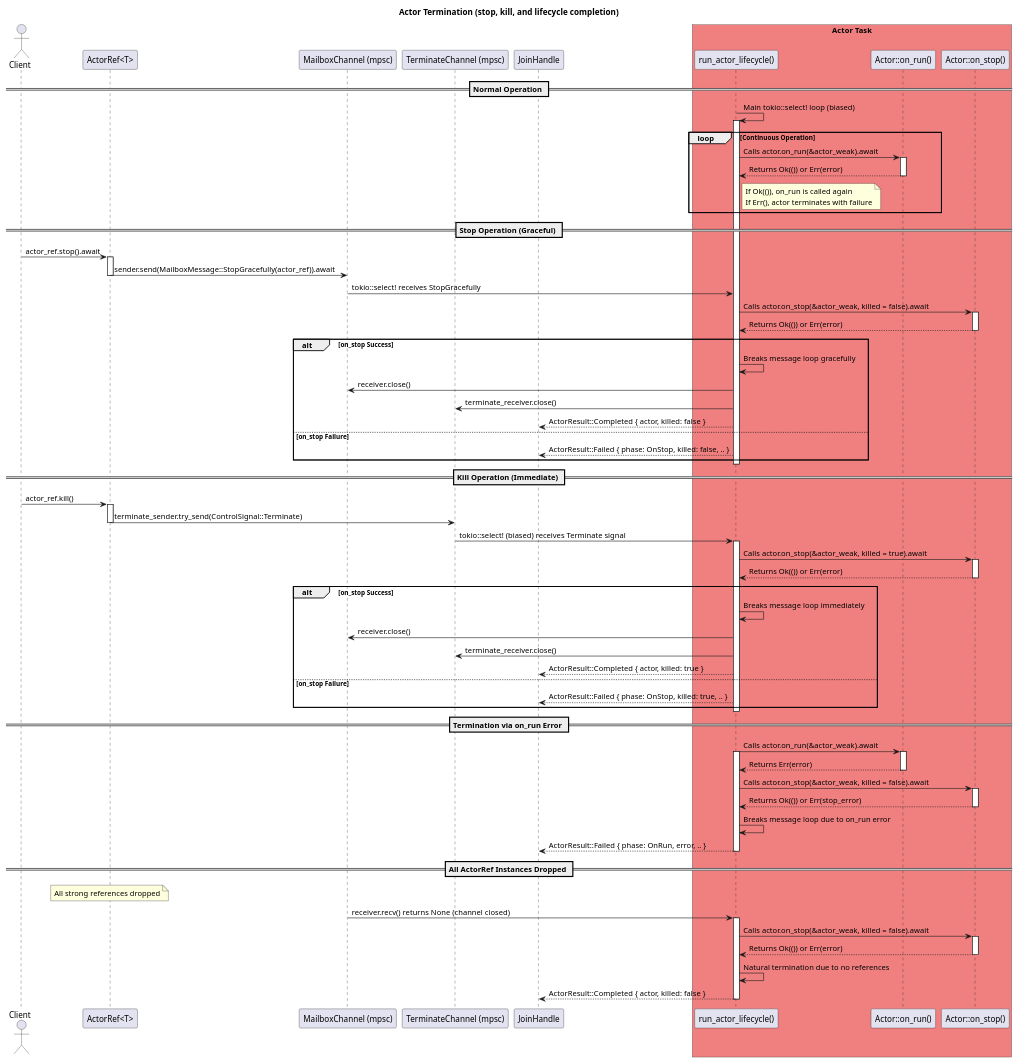
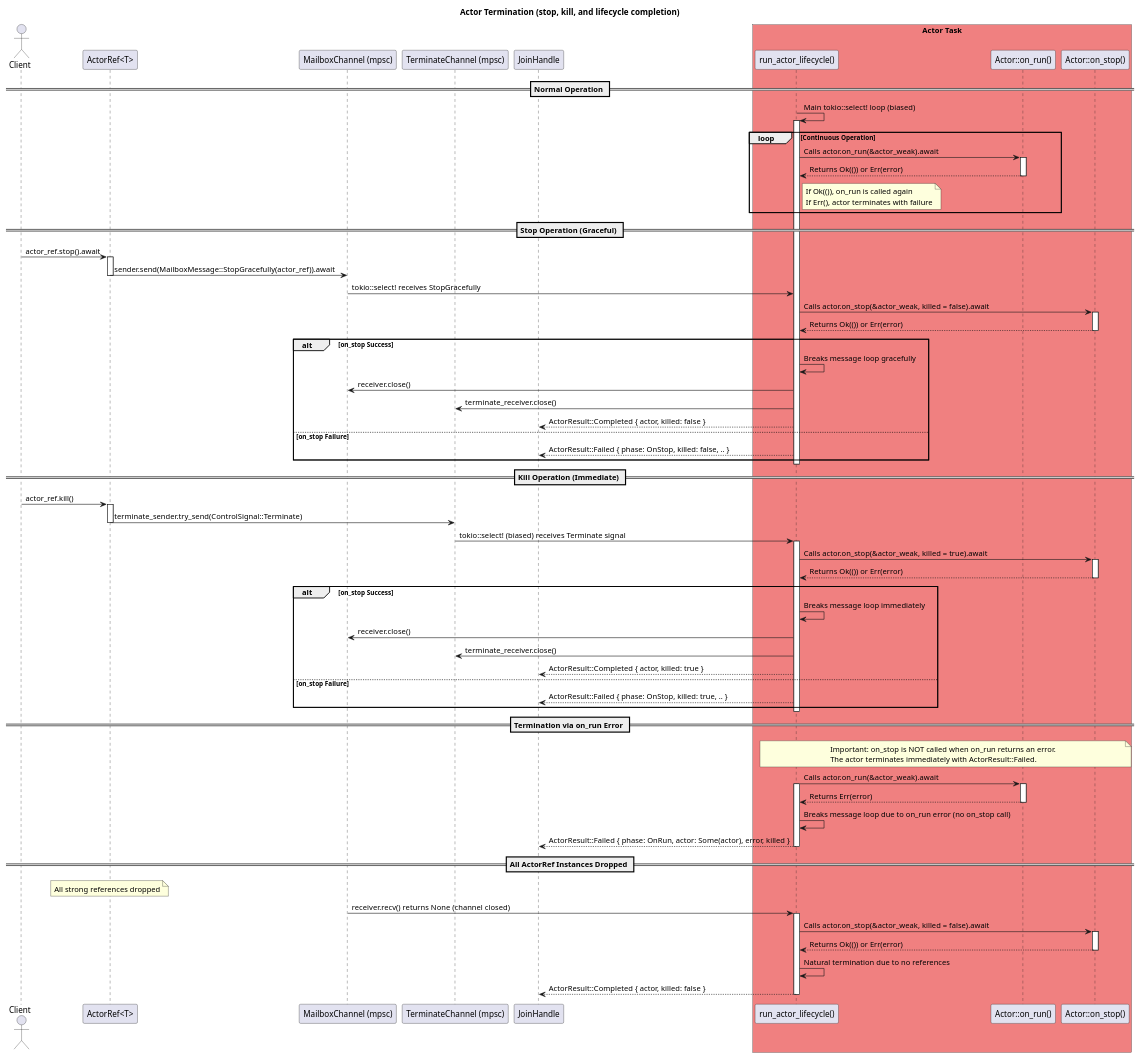
One commit to hiking90/rsactor changed the diagram in docs/termination.puml. Above: the diagram before and after it, drawn with PlantUML. The commit also changed 15 other files, not shown here.

```diff
--- a/docs/termination.puml
+++ b/docs/termination.puml
@@ -1,103 +1,103 @@
 @startuml Actor Termination
 title Actor Termination (stop, kill, and lifecycle completion)
 
 actor Client
 participant "ActorRef<T>" as ActorRef_obj
 participant "MailboxChannel (mpsc)" as MailboxChannel
 participant "TerminateChannel (mpsc)" as TerminateChannel
 participant "run_actor_lifecycle()" as Lifecycle
 participant "Actor::on_run()" as on_run_method
 participant "Actor::on_stop()" as on_stop_method
 participant "JoinHandle" as JoinHandle_obj
 
 box "Actor Task" #LightCoral
     participant Lifecycle
     participant on_run_method
     participant on_stop_method
 end box
 
 == Normal Operation ==
 Lifecycle -> Lifecycle: Main tokio::select! loop (biased)
 activate Lifecycle
 loop Continuous Operation
   Lifecycle -> on_run_method: Calls actor.on_run(&actor_weak).await
   activate on_run_method
   on_run_method --> Lifecycle: Returns Ok(()) or Err(error)
   deactivate on_run_method
   note right of Lifecycle: If Ok(()), on_run is called again\nIf Err(), actor terminates with failure
 end
 
 == Stop Operation (Graceful) ==
 Client -> ActorRef_obj: actor_ref.stop().await
 activate ActorRef_obj
 ActorRef_obj -> MailboxChannel: sender.send(MailboxMessage::StopGracefully(actor_ref)).await
 deactivate ActorRef_obj
 
 MailboxChannel -> Lifecycle: tokio::select! receives StopGracefully
 Lifecycle -> on_stop_method: Calls actor.on_stop(&actor_weak, killed = false).await
 activate on_stop_method
 on_stop_method --> Lifecycle: Returns Ok(()) or Err(error)
 deactivate on_stop_method
 
 alt on_stop Success
   Lifecycle -> Lifecycle: Breaks message loop gracefully
   Lifecycle -> MailboxChannel: receiver.close()
   Lifecycle -> TerminateChannel: terminate_receiver.close()
   Lifecycle --> JoinHandle_obj: ActorResult::Completed { actor, killed: false }
 else on_stop Failure
   Lifecycle --> JoinHandle_obj: ActorResult::Failed { phase: OnStop, killed: false, .. }
 end
 deactivate Lifecycle
 
 == Kill Operation (Immediate) ==
 Client -> ActorRef_obj: actor_ref.kill()
 activate ActorRef_obj
 ActorRef_obj -> TerminateChannel: terminate_sender.try_send(ControlSignal::Terminate)
 deactivate ActorRef_obj
 
 TerminateChannel -> Lifecycle: tokio::select! (biased) receives Terminate signal
 activate Lifecycle
 Lifecycle -> on_stop_method: Calls actor.on_stop(&actor_weak, killed = true).await
 activate on_stop_method
 on_stop_method --> Lifecycle: Returns Ok(()) or Err(error)
 deactivate on_stop_method
 
 alt on_stop Success
   Lifecycle -> Lifecycle: Breaks message loop immediately
   Lifecycle -> MailboxChannel: receiver.close()
   Lifecycle -> TerminateChannel: terminate_receiver.close()
   Lifecycle --> JoinHandle_obj: ActorResult::Completed { actor, killed: true }
 else on_stop Failure
   Lifecycle --> JoinHandle_obj: ActorResult::Failed { phase: OnStop, killed: true, .. }
 end
 deactivate Lifecycle
 
 == Termination via on_run Error ==
+note over Lifecycle, on_stop_method
+  Important: on_stop is NOT called when on_run returns an error.
+  The actor terminates immediately with ActorResult::Failed.
+end note
+
 Lifecycle -> on_run_method: Calls actor.on_run(&actor_weak).await
 activate Lifecycle
 activate on_run_method
 on_run_method --> Lifecycle: Returns Err(error)
 deactivate on_run_method
 
-Lifecycle -> on_stop_method: Calls actor.on_stop(&actor_weak, killed = false).await
-activate on_stop_method
-on_stop_method --> Lifecycle: Returns Ok(()) or Err(stop_error)
-deactivate on_stop_method
-
-Lifecycle -> Lifecycle: Breaks message loop due to on_run error
-Lifecycle --> JoinHandle_obj: ActorResult::Failed { phase: OnRun, error, .. }
+Lifecycle -> Lifecycle: Breaks message loop due to on_run error (no on_stop call)
+Lifecycle --> JoinHandle_obj: ActorResult::Failed { phase: OnRun, actor: Some(actor), error, killed }
 deactivate Lifecycle
 
 == All ActorRef Instances Dropped ==
 note over ActorRef_obj: All strong references dropped
 MailboxChannel -> Lifecycle: receiver.recv() returns None (channel closed)
 activate Lifecycle
 Lifecycle -> on_stop_method: Calls actor.on_stop(&actor_weak, killed = false).await
 activate on_stop_method
 on_stop_method --> Lifecycle: Returns Ok(()) or Err(error)
 deactivate on_stop_method
 Lifecycle -> Lifecycle: Natural termination due to no references
 Lifecycle --> JoinHandle_obj: ActorResult::Completed { actor, killed: false }
 deactivate Lifecycle
 
 @enduml
```
